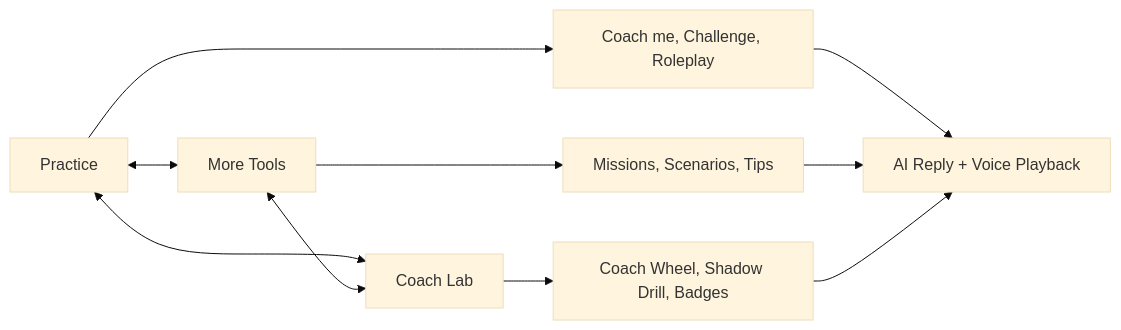
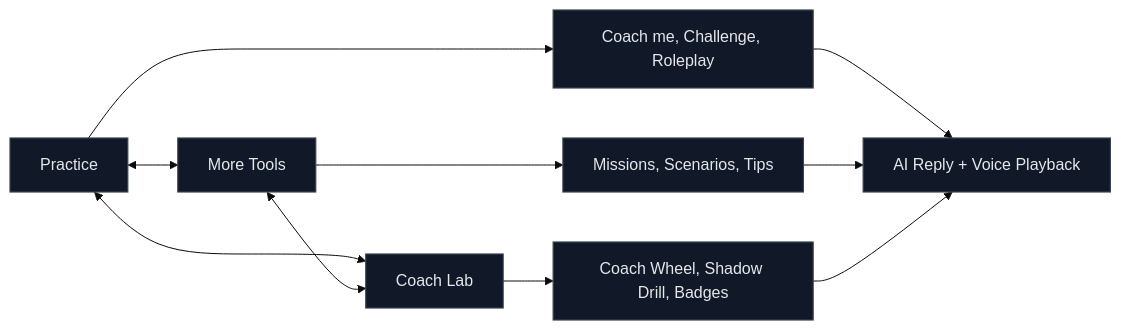
Before and after one commit to athiq2u/MoonSpeak-AI: the second of 2 diagrams in README.md, drawn with Mermaid (base theme).

Commit message:
docs: dark style workspace flowchart

````diff
--- a/README.md
+++ b/README.md
@@ -361,18 +361,21 @@
 ```mermaid
 flowchart LR
   P[Practice]
   M[More Tools]
   C[Coach Lab]
 
   P <--> M
   P <--> C
   M <--> C
 
   P --> A1[Coach me, Challenge, Roleplay]
   M --> A2[Missions, Scenarios, Tips]
   C --> A3[Coach Wheel, Shadow Drill, Badges]
 
   A1 --> OUT[AI Reply + Voice Playback]
   A2 --> OUT
   A3 --> OUT
+
+  classDef dark fill:#111827,stroke:#374151,color:#E5E7EB,stroke-width:1.2px;
+  class P,M,C,A1,A2,A3,OUT dark;
 ```
````
